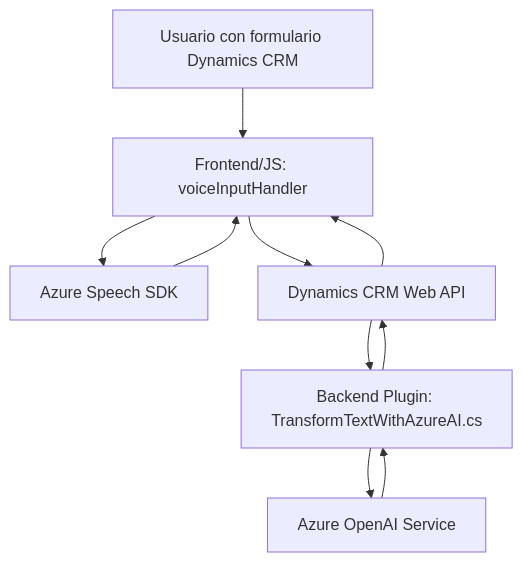
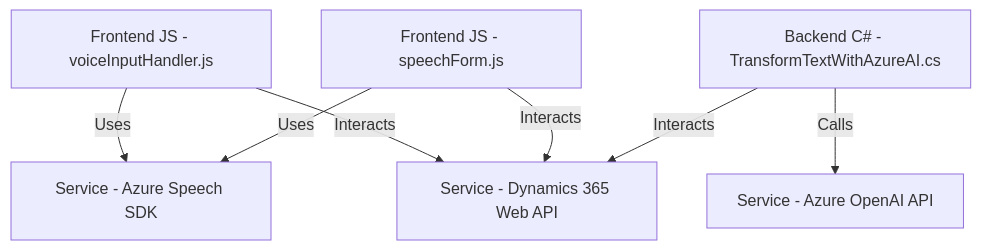
One commit to blopezdm/NETCORE_BILBAO2025 changed the diagram in README.md. Above: the diagram before and after it, drawn with Mermaid. The commit also changed other lines of this file, not shown here.

Commit message:
Actualizar análisis global de la solución con IA

````diff
--- a/README.md
+++ b/README.md
@@ -57,19 +35,16 @@
 ```mermaid
 graph TD
-    A["Usuario con formulario Dynamics CRM"]
-    B["Frontend/JS: voiceInputHandler"]
-    C["Azure Speech SDK"]
-    D["Azure OpenAI Service"]
-    E["Backend Plugin: TransformTextWithAzureAI.cs"]
-    F["Dynamics CRM Web API"]
-
-    A --> B
-    B --> C
-    C --> B
-    B --> F
-    F --> E
-    E --> D
-    D --> E
-    E --> F
-    F --> B
+    F1["Frontend JS - voiceInputHandler.js"]
+    F2["Frontend JS - speechForm.js"]
+    B1["Backend C# - TransformTextWithAzureAI.cs"]
+    S1["Service - Azure Speech SDK"]
+    S2["Service - Azure OpenAI API"]
+    S3["Service - Dynamics 365 Web API"]
+    
+    F1 -->|Uses| S1
+    F1 -->|Interacts| S3
+    F2 -->|Uses| S1
+    F2 -->|Interacts| S3
+    B1 -->|Calls| S2
+    B1 -->|Interacts| S3
 ```
````
